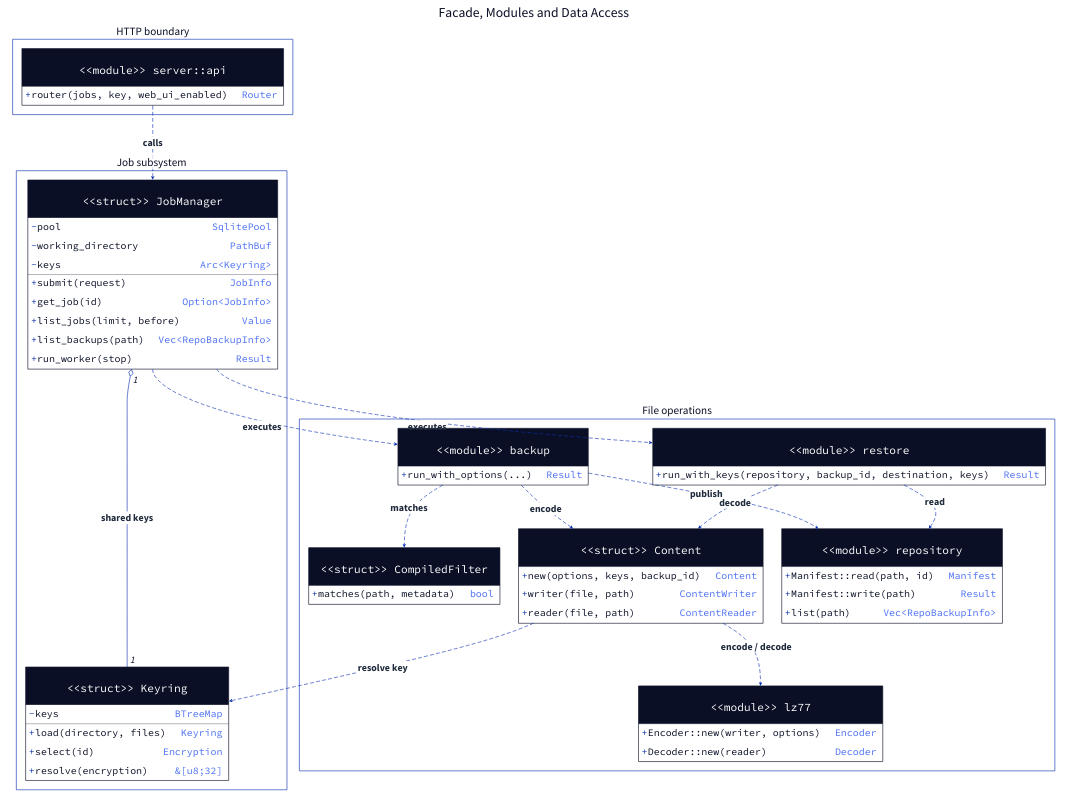
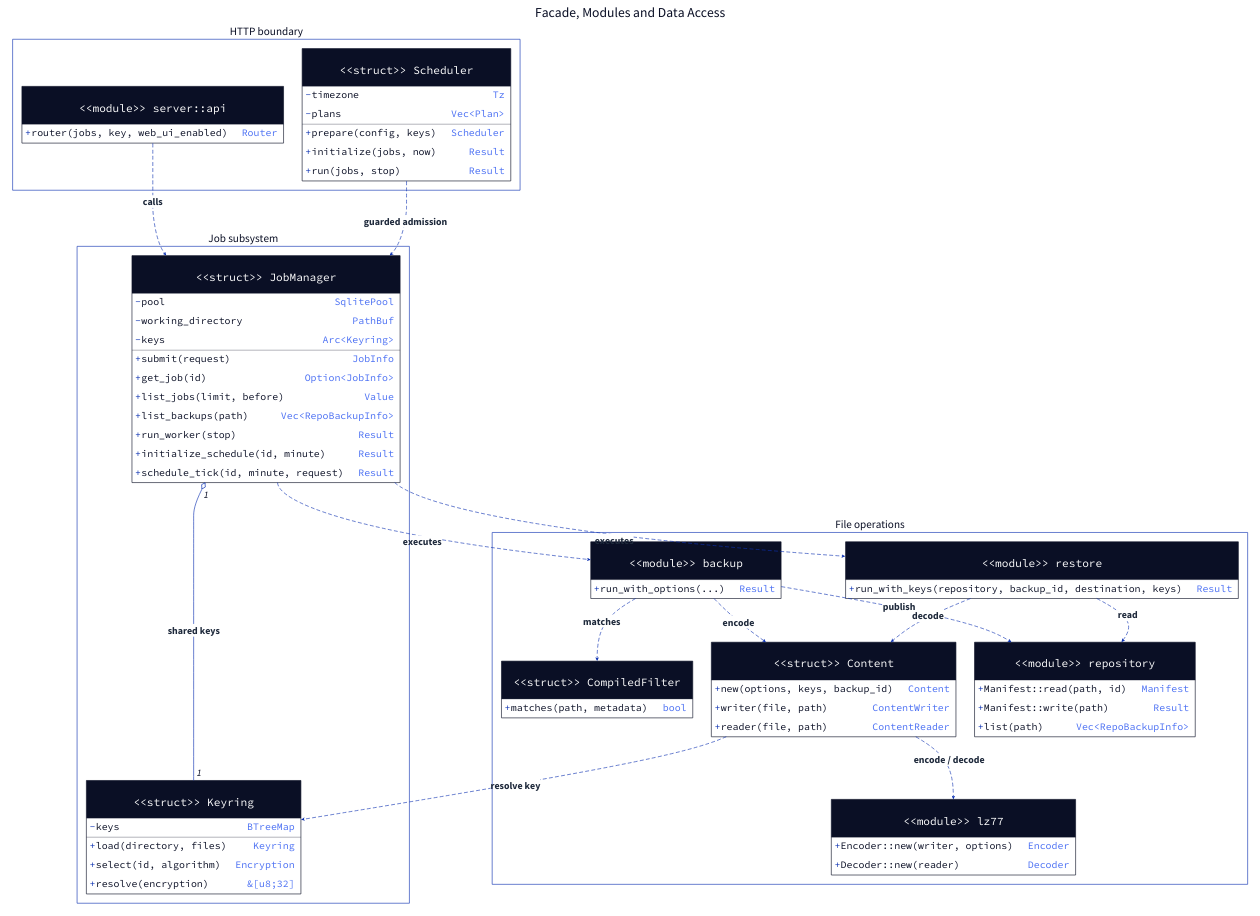
The diagram in docs/report/generated/system-class-services.d2 (qi7876/software-development-exp), drawn with D2 before and after one commit. The commit also changed 22 other files, not shown here.

```diff
--- a/docs/report/generated/system-class-services.d2
+++ b/docs/report/generated/system-class-services.d2
@@ -1,120 +1,134 @@
 # Generated from docs/report/model.yaml; do not edit directly.
 direction: down
 **.style.font-size: 32
 (** -> **)[*].style: {font-size: 32; bold: true; italic: false; font-color: "#1E293B"}
 (** -- **)[*].style: {font-size: 32; bold: true; italic: false; font-color: "#1E293B"}
 (** <- **)[*].style: {font-size: 32; bold: true; italic: false; font-color: "#1E293B"}
 diagram: "Facade, Modules and Data Access" {
   style.font-size: 44
   style.fill: white
   style.stroke: transparent
   package_0: "HTTP boundary" {
     style.font-size: 36
     style.fill: white
     API: "<<module>>\nserver::api" {
       shape: class
       "+ router(jobs, key, web_ui_enabled)": "Router"
     }
+    Scheduler: "<<struct>>\nScheduler" {
+      shape: class
+      "- timezone": "Tz"
+      "- plans": "Vec<Plan>"
+      "+ prepare(config, keys)": "Scheduler"
+      "+ initialize(jobs, now)": "Result"
+      "+ run(jobs, stop)": "Result"
+    }
   }
   package_1: "Job subsystem" {
     style.font-size: 36
     style.fill: white
     Manager: "<<struct>>\nJobManager" {
       shape: class
       "- pool": "SqlitePool"
       "- working_directory": "PathBuf"
       "- keys": "Arc<Keyring>"
       "+ submit(request)": "JobInfo"
       "+ get_job(id)": "Option<JobInfo>"
       "+ list_jobs(limit, before)": "Value"
       "+ list_backups(path)": "Vec<RepoBackupInfo>"
       "+ run_worker(stop)": "Result"
+      "+ initialize_schedule(id, minute)": "Result"
+      "+ schedule_tick(id, minute, request)": "Result"
     }
     Keys: "<<struct>>\nKeyring" {
       shape: class
       "- keys": "BTreeMap"
       "+ load(directory, files)": "Keyring"
-      "+ select(id)": "Encryption"
+      "+ select(id, algorithm)": "Encryption"
       "+ resolve(encryption)": "&[u8;32]"
     }
   }
   package_2: "File operations" {
     style.font-size: 36
     style.fill: white
     Filter: "<<struct>>\nCompiledFilter" {
       shape: class
       "+ matches(path, metadata)": "bool"
     }
     Content: "<<struct>>\nContent" {
       shape: class
       "+ new(options, keys, backup_id)": "Content"
       "+ writer(file, path)": "ContentWriter"
       "+ reader(file, path)": "ContentReader"
     }
     Backup: "<<module>>\nbackup" {
       shape: class
       "+ run_with_options(...)": "Result"
     }
     Restore: "<<module>>\nrestore" {
       shape: class
       "+ run_with_keys(repository, backup_id, destination, keys)": "Result"
     }
     Repo: "<<module>>\nrepository" {
       shape: class
       "+ Manifest::read(path, id)": "Manifest"
       "+ Manifest::write(path)": "Result"
       "+ list(path)": "Vec<RepoBackupInfo>"
     }
     Lz77: "<<module>>\nlz77" {
       shape: class
       "+ Encoder::new(writer, options)": "Encoder"
       "+ Decoder::new(reader)": "Decoder"
     }
   }
   package_0.API -> package_1.Manager: "calls" {
     target-arrowhead.shape: arrow
     style.stroke-dash: 5
   }
   package_1.Manager <- package_1.Keys: "shared keys" {
     source-arrowhead.label: "1"
     target-arrowhead.label: "1"
     source-arrowhead.shape: diamond
     source-arrowhead.style.filled: false
   }
   package_1.Manager -> package_2.Backup: "executes" {
     target-arrowhead.shape: arrow
     style.stroke-dash: 5
   }
   package_1.Manager -> package_2.Restore: "executes" {
     target-arrowhead.shape: arrow
     style.stroke-dash: 5
   }
   package_2.Backup -> package_2.Filter: "matches" {
     target-arrowhead.shape: arrow
     style.stroke-dash: 5
   }
   package_2.Backup -> package_2.Content: "encode" {
     target-arrowhead.shape: arrow
     style.stroke-dash: 5
   }
   package_2.Restore -> package_2.Content: "decode" {
     target-arrowhead.shape: arrow
     style.stroke-dash: 5
   }
   package_2.Content -> package_1.Keys: "resolve key" {
     target-arrowhead.shape: arrow
     style.stroke-dash: 5
   }
   package_2.Backup -> package_2.Repo: "publish" {
     target-arrowhead.shape: arrow
     style.stroke-dash: 5
   }
   package_2.Restore -> package_2.Repo: "read" {
     target-arrowhead.shape: arrow
     style.stroke-dash: 5
   }
   package_2.Content -> package_2.Lz77: "encode / decode" {
     target-arrowhead.shape: arrow
     style.stroke-dash: 5
   }
+  package_0.Scheduler -> package_1.Manager: "guarded admission" {
+    target-arrowhead.shape: arrow
+    style.stroke-dash: 5
+  }
 }
```
